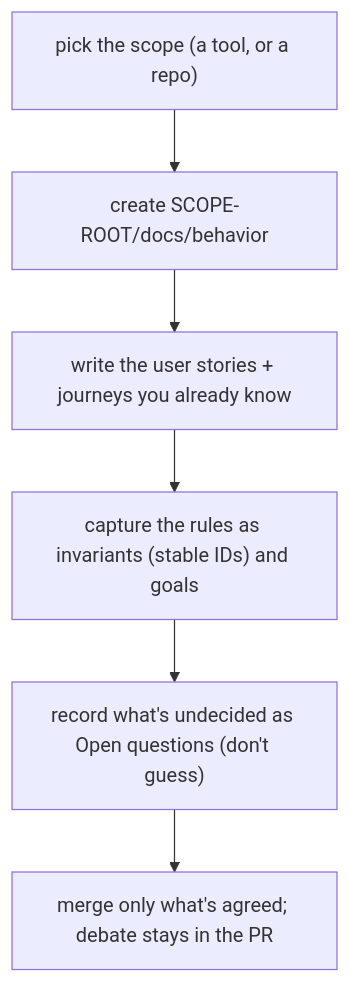
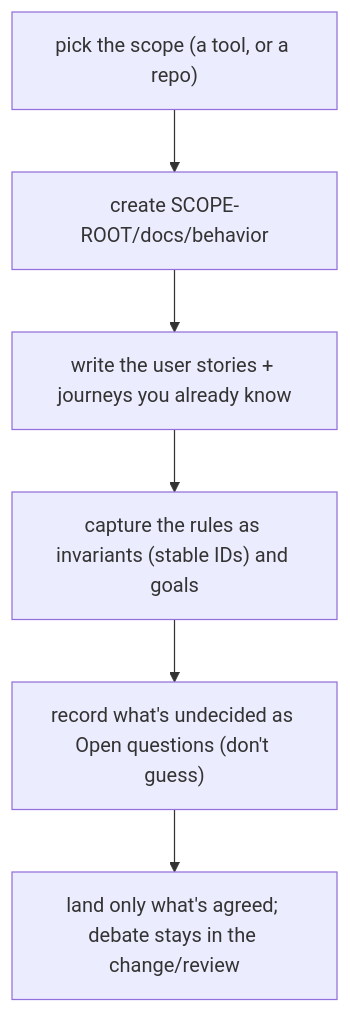
One commit to phillipgreenii/nix-agent-support changed the first of 2 diagrams in behavior-docs/docs/behavior/README.md. Above: the diagram before and after it, drawn with Mermaid. The commit also changed other lines of this file and 4 other files, not shown here.

````diff
--- a/behavior-docs/docs/behavior/README.md
+++ b/behavior-docs/docs/behavior/README.md
@@ -32,8 +32,8 @@
 ```mermaid
 flowchart TD
     scope["pick the scope (a tool, or a repo)"] --> place["create SCOPE-ROOT/docs/behavior"]
     place --> stories["write the user stories + journeys you already know"]
     stories --> inv["capture the rules as invariants (stable IDs) and goals"]
     inv --> gaps["record what's undecided as Open questions (don't guess)"]
-    gaps --> live["merge only what's agreed; debate stays in the PR"]
+    gaps --> live["land only what's agreed; debate stays in the change/review"]
 ```
````
